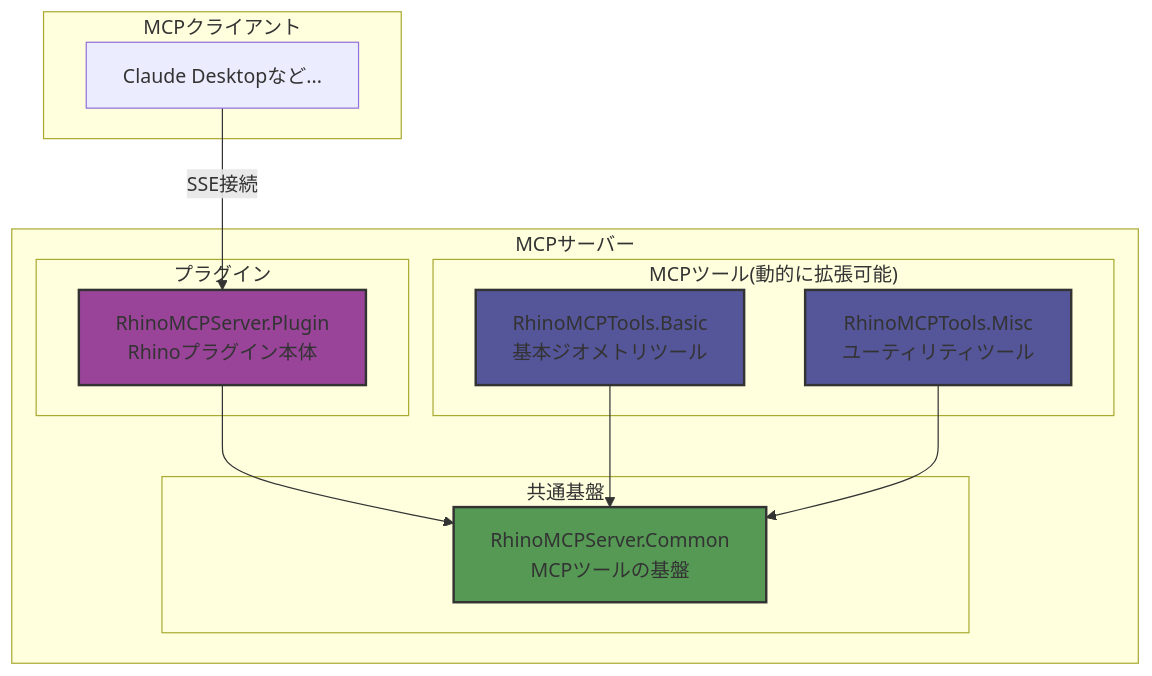
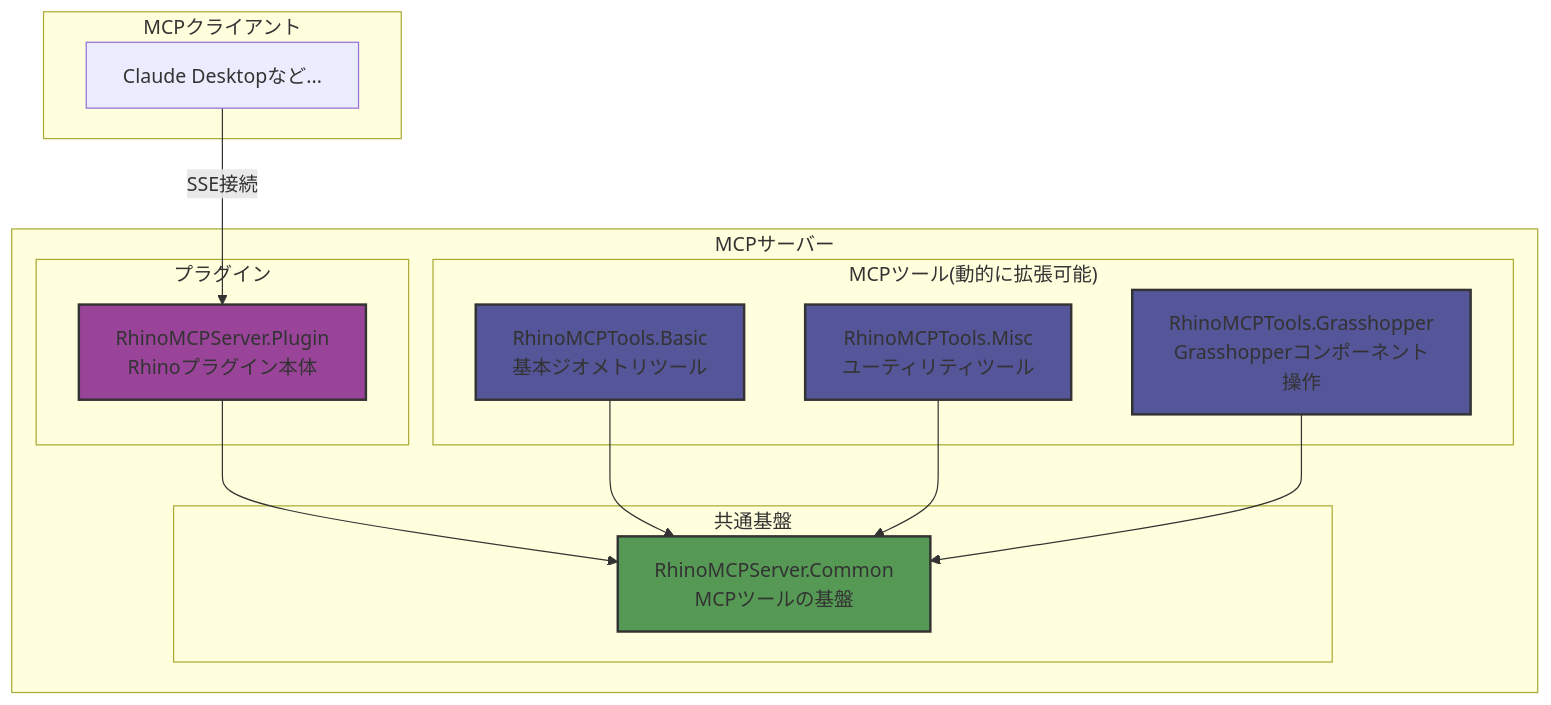
Before and after one commit to 4kk11/RhinoMCPServer: the diagram in README.ja.md, drawn with Mermaid. The commit also changed other lines of this file and 2 other files, not shown here.

````diff
--- a/README.ja.md
+++ b/README.ja.md
@@ -19,35 +19,36 @@
 ```mermaid
 graph TB
     subgraph MCPクライアント
       X[Claude Desktopなど...]
     end
 
     subgraph MCPサーバー
       subgraph プラグイン
           A[RhinoMCPServer.Plugin<br>Rhinoプラグイン本体]
       end
 
       subgraph 共通基盤
           B[RhinoMCPServer.Common<br>MCPツールの基盤]
       end
 
       subgraph "MCPツール(動的に拡張可能)"
           C[RhinoMCPTools.Basic<br>基本ジオメトリツール]
           D[RhinoMCPTools.Misc<br>ユーティリティツール]
+          E[RhinoMCPTools.Grasshopper<br>Grasshopperコンポーネント操作]
       end
     end
-
 
     A --> B
     C --> B
     D --> B
+    E --> B
     X -->|"SSE接続"| A
 
     classDef plugin fill:#949,stroke:#333,stroke-width:2px;
     classDef common fill:#595,stroke:#333,stroke-width:2px;
     classDef tools fill:#559,stroke:#333,stroke-width:2px;
 
     class A plugin;
     class B common;
-    class C,D tools;
+    class C,D,E tools;
 ```
````
